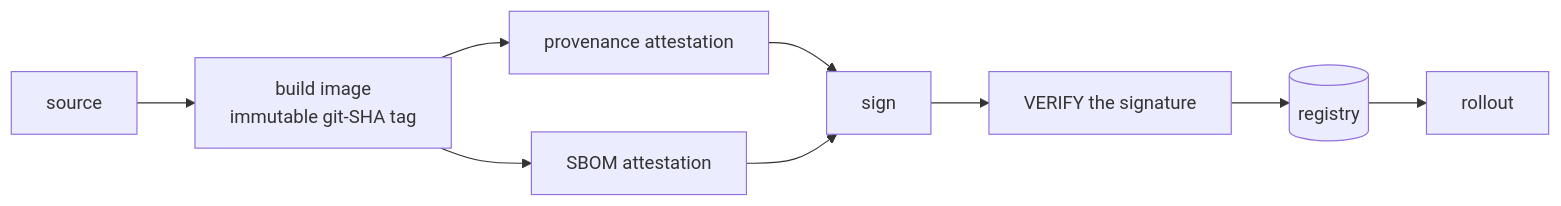
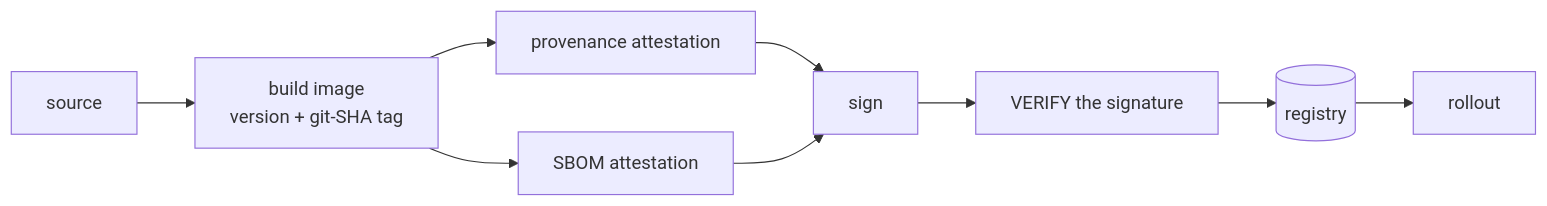
The diagram in docs/devsecops.md (schultzzznet/schultzzznet), drawn with Mermaid before and after one commit. The commit also changed other lines of this file and 13 other files, not shown here.

````diff
--- a/docs/devsecops.md
+++ b/docs/devsecops.md
@@ -53,11 +75,11 @@
 ```mermaid
 flowchart LR
-  S["source"] --> B["build image<br/>immutable git-SHA tag"]
+  S["source"] --> B["build image<br/>version + git-SHA tag"]
   B --> P["provenance attestation"]
   B --> M["SBOM attestation"]
   P --> G["sign"]
   M --> G
   G --> V["VERIFY the signature"]
   V --> R[("registry")]
   R --> K["rollout"]
 ```
````
